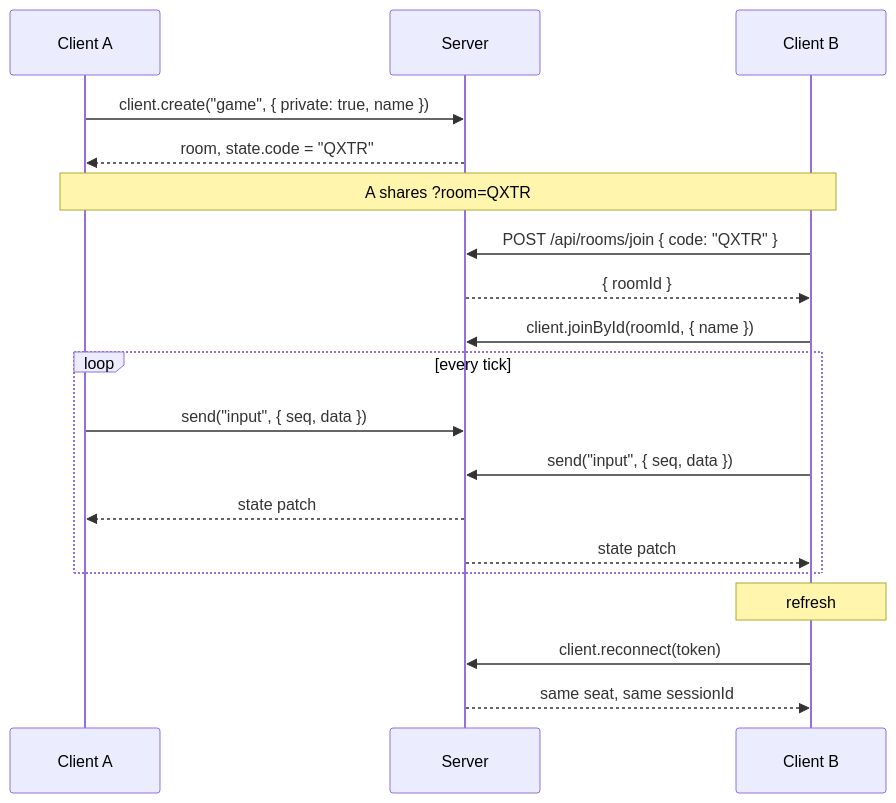
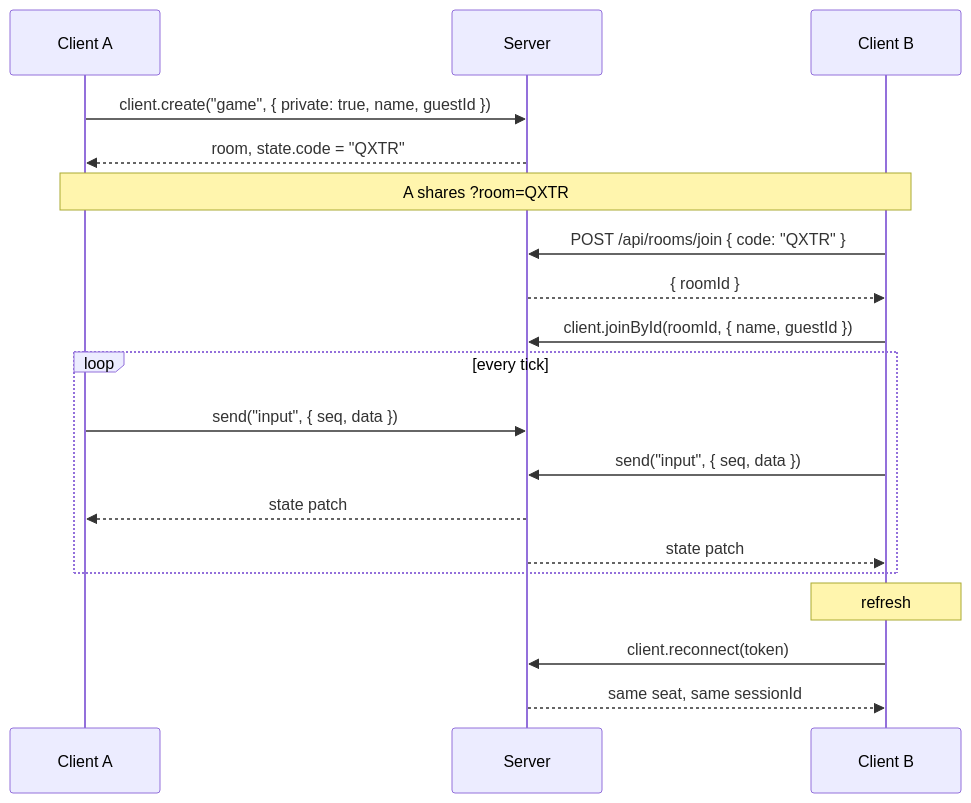
Before and after one commit to Doublespy8971/sdm2026-1: the second of 4 diagrams in server/docs/CLIENT_GUIDE.md, drawn with Mermaid. The commit also changed other lines of this file and 1 other file, not shown here.

First line of the commit message:
docs(platform): describe the guest identity

````diff
--- a/server/docs/CLIENT_GUIDE.md
+++ b/server/docs/CLIENT_GUIDE.md
@@ -44,21 +44,21 @@
 ```mermaid
 sequenceDiagram
   participant A as Client A
   participant S as Server
   participant B as Client B
-  A->>S: client.create("game", { private: true, name })
+  A->>S: client.create("game", { private: true, name, guestId })
   S-->>A: room, state.code = "QXTR"
   Note over A,B: A shares ?room=QXTR
   B->>S: POST /api/rooms/join { code: "QXTR" }
   S-->>B: { roomId }
-  B->>S: client.joinById(roomId, { name })
+  B->>S: client.joinById(roomId, { name, guestId })
   loop every tick
     A->>S: send("input", { seq, data })
     B->>S: send("input", { seq, data })
     S-->>A: state patch
     S-->>B: state patch
   end
   Note over B: refresh
   B->>S: client.reconnect(token)
   S-->>B: same seat, same sessionId
 ```
````
